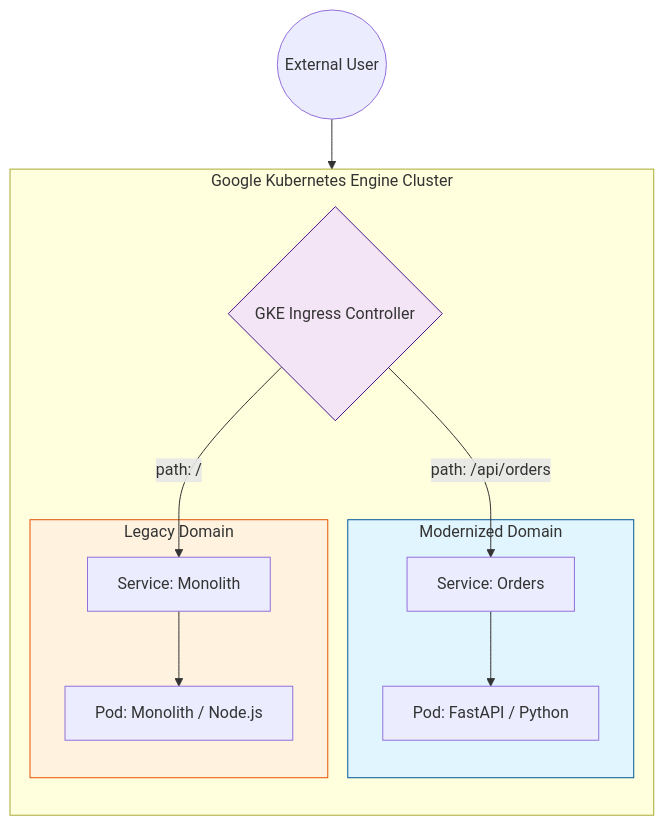
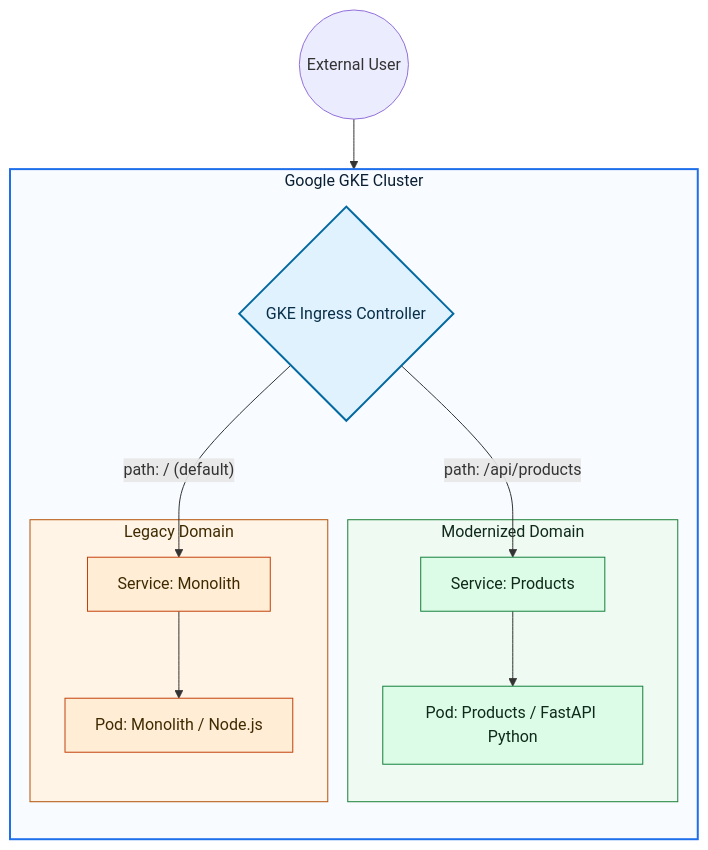
The second of 4 diagrams in README.md (razackou/gke-strangler-fig-architecture), drawn with Mermaid before and after one commit. The commit also changed other lines of this file and 1 other file, not shown here.

Commit message:
adding diagrams to README

````diff
--- a/README.md
+++ b/README.md
@@ -128,22 +133,28 @@
 ```mermaid
 graph TD
     User((External User)) --> Ingress{GKE Ingress Controller}
-    
-    subgraph GKE_Cluster [Google Kubernetes Engine Cluster]
+
+    subgraph GKE_Cluster [Google GKE Cluster]
         direction TB
-        Ingress -- "path: /api/orders" --> SVC_Orders[Service: Orders]
-        Ingress -- "path: /" --> SVC_Mono[Service: Monolith]
-        
+        Ingress -- "path: /api/products" --> SVC_Products[Service: Products]
+        Ingress -- "path: / (default)" --> SVC_Mono[Service: Monolith]
+
         subgraph Modern_Stack [Modernized Domain]
-            SVC_Orders --> Pod_FastAPI[Pod: FastAPI / Python]
+            SVC_Products --> Pod_FastAPI[Pod: Products / FastAPI Python]
         end
-        
+
         subgraph Legacy_Stack [Legacy Domain]
             SVC_Mono --> Pod_Node[Pod: Monolith / Node.js]
         end
     end
 
-    style Modern_Stack fill:#e1f5fe,stroke:#01579b
-    style Legacy_Stack fill:#fff3e0,stroke:#e65100
-    style Ingress fill:#f3e5f5,stroke:#4a148c
+    %% Styling (high-contrast for readability)
+    style GKE_Cluster fill:#f8fbff,stroke:#1f6feb,stroke-width:2px,color:#0b1f33
+    style Modern_Stack fill:#eefaf2,stroke:#1a7f37,stroke-width:1px,color:#0f2a1a
+    style Legacy_Stack fill:#fff4e5,stroke:#b45309,stroke-width:1px,color:#3f2a00
+    style Ingress fill:#e0f2fe,stroke:#0369a1,stroke-width:2px,color:#082f49
+    style SVC_Products fill:#dcfce7,stroke:#15803d,stroke-width:1px,color:#0f2a1a
+    style Pod_FastAPI fill:#dcfce7,stroke:#15803d,stroke-width:1px,color:#0f2a1a
+    style SVC_Mono fill:#ffedd5,stroke:#c2410c,stroke-width:1px,color:#3f2a00
+    style Pod_Node fill:#ffedd5,stroke:#c2410c,stroke-width:1px,color:#3f2a00
 ```
````
